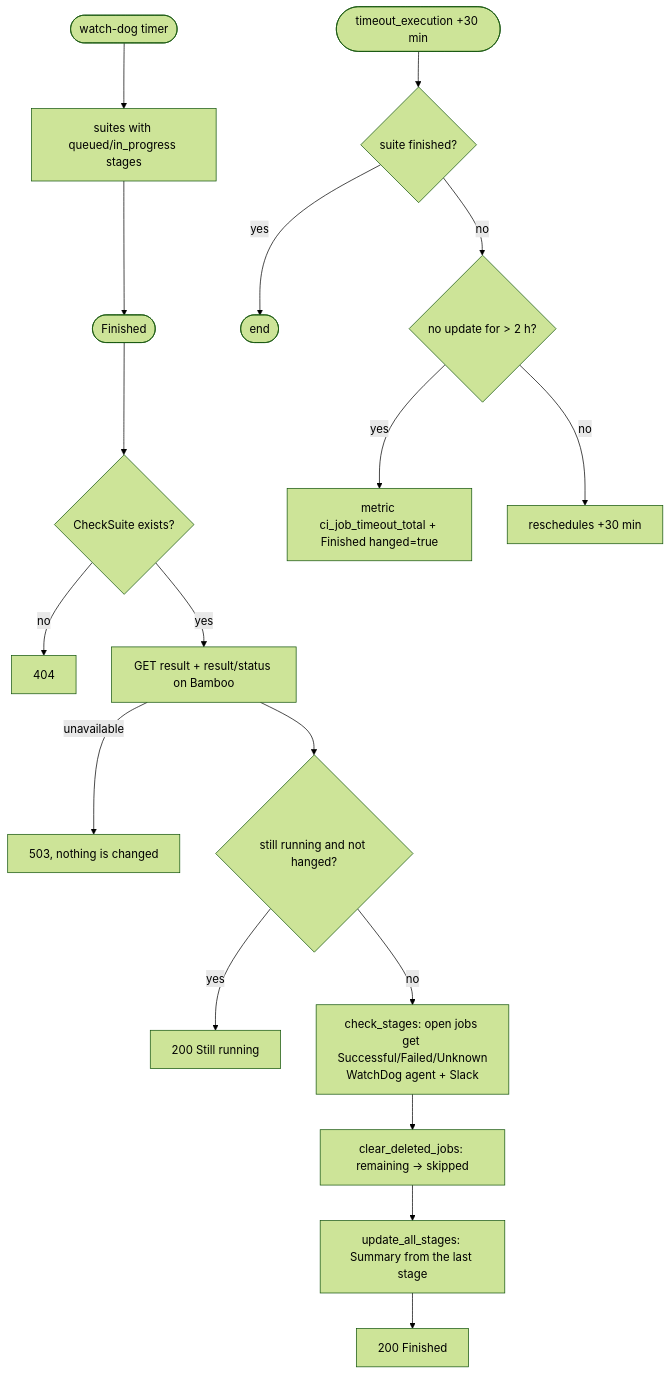
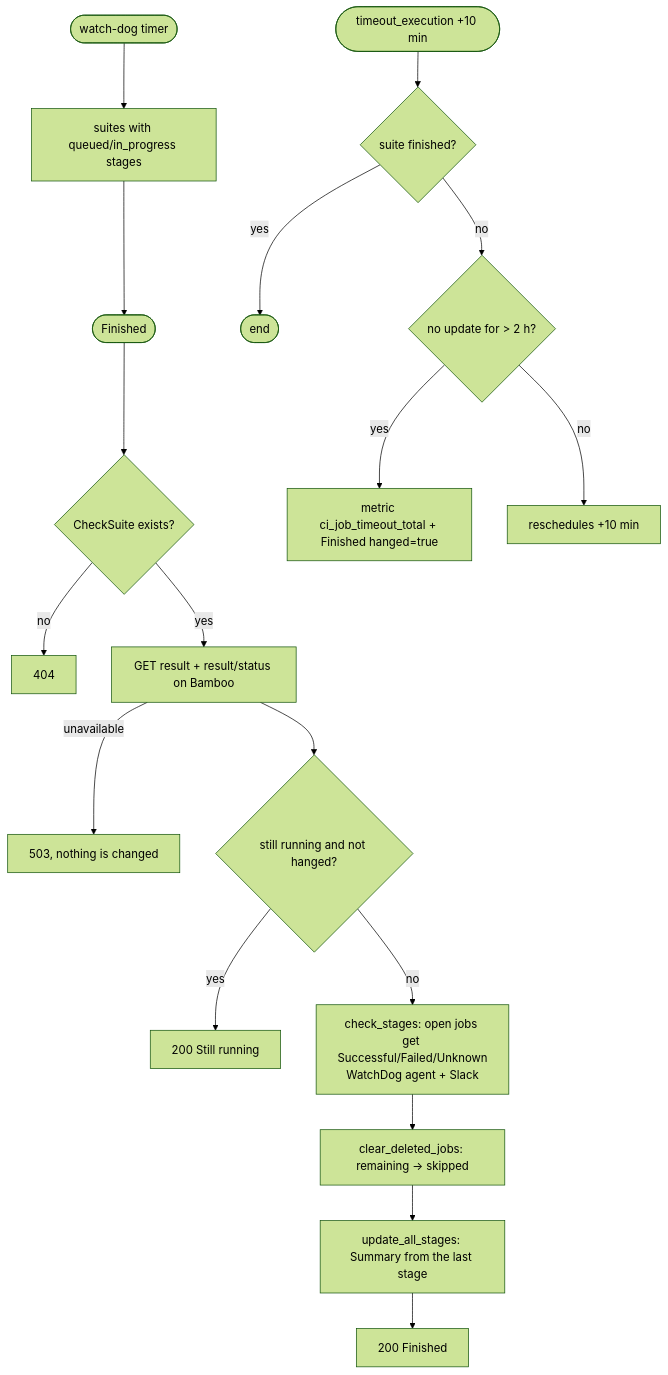
One commit to FRRouting/netdef-ci-github-app changed the fourth of 5 diagrams in doc/01-overview.md. Above: the diagram before and after it, drawn with Mermaid (forest theme). The commit also changed other lines of this file and 14 other files, not shown here.

````diff
--- a/doc/01-overview.md
+++ b/doc/01-overview.md
@@ -98,19 +98,19 @@
 ```mermaid
 flowchart TD
     A([Finished]) --> B{CheckSuite exists?}
     B -- no --> X[404]
     B -- yes --> C[GET result + result/status on Bamboo]
     C -- unavailable --> U[503, nothing is changed]
     C --> D{still running and not hanged?}
     D -- yes --> S[200 Still running]
     D -- no --> E[check_stages: open jobs get Successful/Failed/Unknown<br/>WatchDog agent + Slack]
     E --> F[clear_deleted_jobs: remaining → skipped]
     F --> G[update_all_stages: Summary from the last stage]
     G --> H[200 Finished]
-    T([timeout_execution +30 min]) --> T1{suite finished?}
+    T([timeout_execution +10 min]) --> T1{suite finished?}
     T1 -- yes --> T9([end])
     T1 -- no --> T2{no update for > 2 h?}
     T2 -- yes --> T3[metric ci_job_timeout_total + Finished hanged=true]
-    T2 -- no --> T4[reschedules +30 min]
+    T2 -- no --> T4[reschedules +10 min]
     W([watch-dog timer]) --> W1[suites with queued/in_progress stages] --> A
 ```
````
